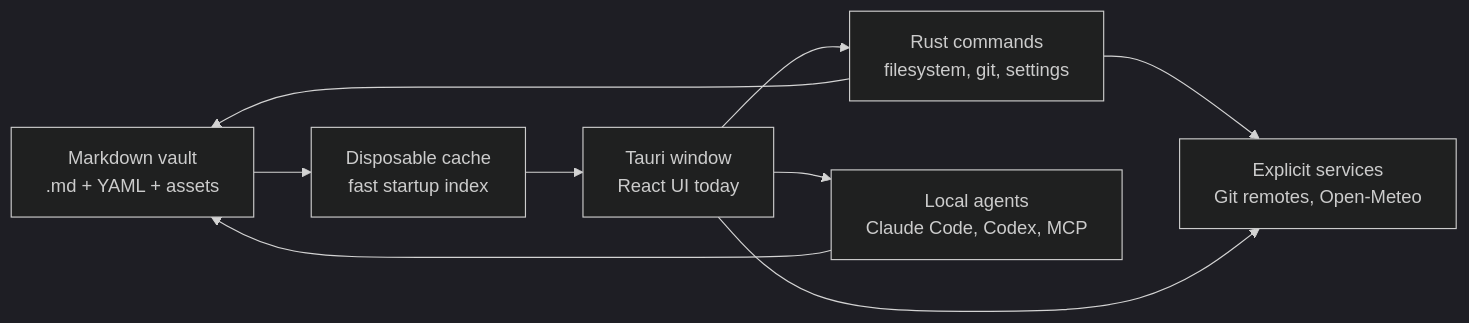
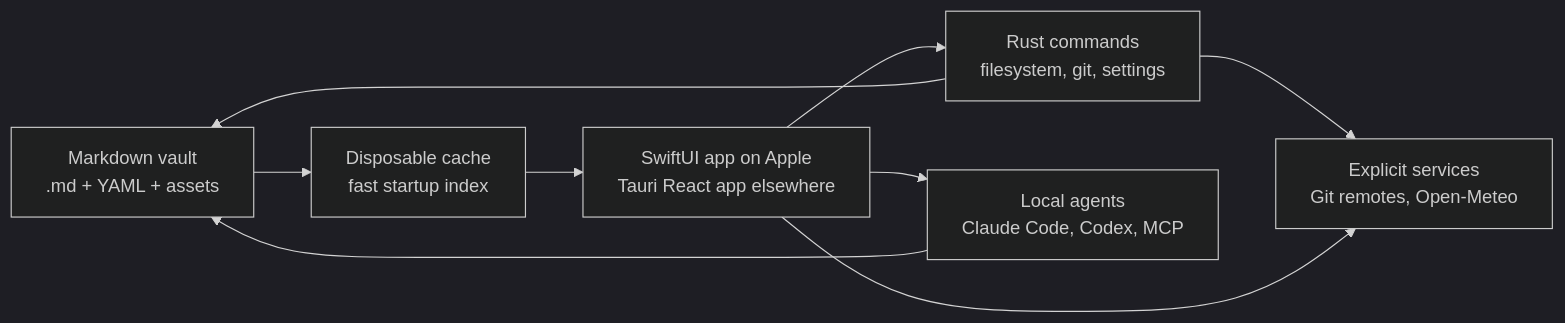
One commit to sriinnu/grimoire changed the first of 3 diagrams in docs/ARCHITECTURE.md. Above: the diagram before and after it, drawn with Mermaid (dark theme). The commit also changed other lines of this file and 95 other files, not shown here.

````diff
--- a/docs/ARCHITECTURE.md
+++ b/docs/ARCHITECTURE.md
@@ -19,18 +19,18 @@
 ```mermaid
 flowchart LR
     Vault["Markdown vault\n.md + YAML + assets"]
     Cache["Disposable cache\nfast startup index"]
-    App["Tauri window\nReact UI today"]
+    App["SwiftUI app on Apple\nTauri React app elsewhere"]
     Rust["Rust commands\nfilesystem, git, settings"]
     Agents["Local agents\nClaude Code, Codex, MCP"]
     External["Explicit services\nGit remotes, Open-Meteo"]
 
     Vault --> Cache
     Cache --> App
     App --> Rust
     Rust --> Vault
     App --> Agents
     Agents --> Vault
     Rust --> External
     App --> External
 ```
````
